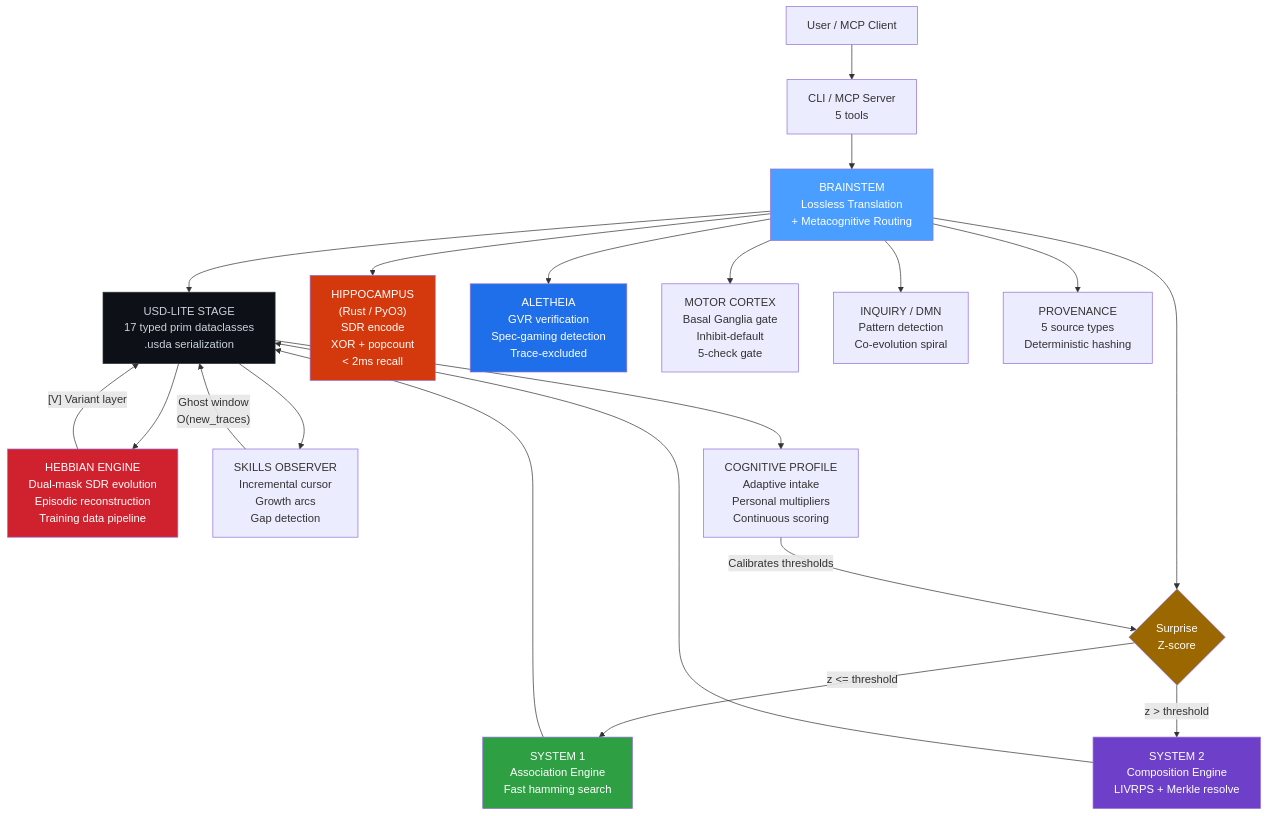
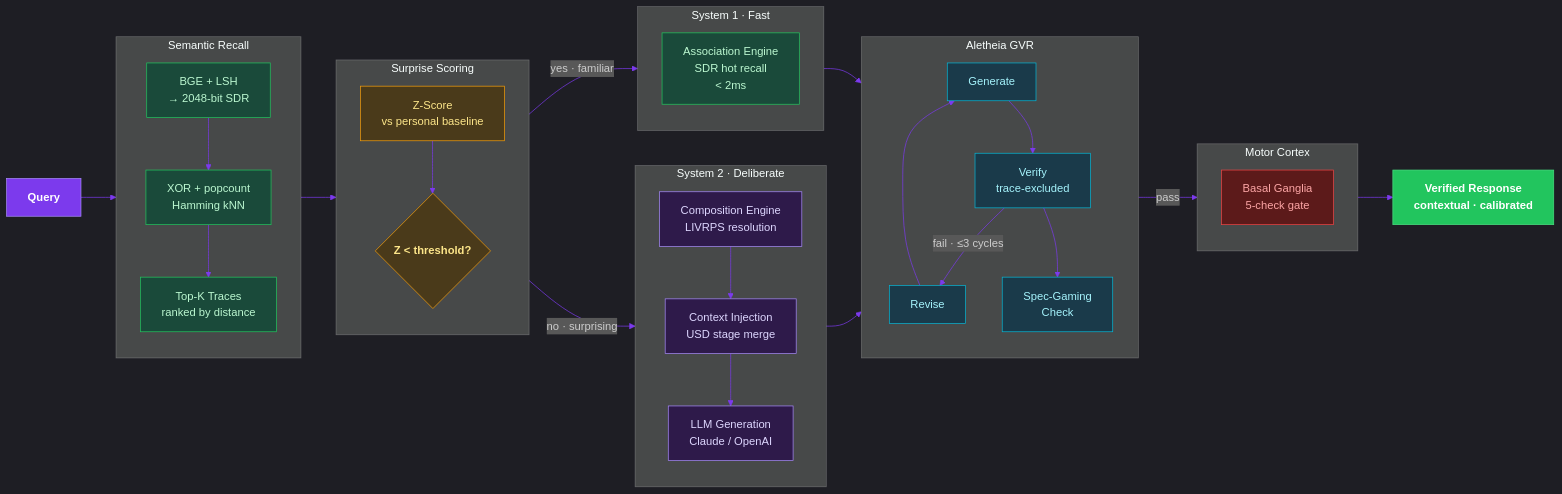
The second of 7 diagrams in README.md (JosephOIbrahim/Harlo), drawn with Mermaid before and after one commit. The commit also changed other lines of this file, not shown here.

Commit message:
docs: replace all 7 architecture diagrams with v7.0 Mermaid diagrams

````diff
--- a/README.md
+++ b/README.md
@@ -79,39 +227,68 @@
 ```mermaid
-graph TD
-    USER["User / MCP Client"] --> CLI["CLI / MCP Server\n5 tools"]
-    CLI --> BS["BRAINSTEM\nLossless Translation\n+ Metacognitive Routing"]
+%%{init: {'theme': 'dark', 'themeVariables': {'primaryColor': '#1a1a2e', 'primaryTextColor': '#e0e0e0', 'primaryBorderColor': '#7c3aed', 'lineColor': '#7c3aed'}}}%%
+graph LR
+    Q["Query"]:::input
 
-    BS --> USD["USD-LITE STAGE\n17 typed prim dataclasses\n.usda serialization"]
+    subgraph RECALL["Semantic Recall"]
+        direction TB
+        ENCODE["BGE + LSH\n→ 2048-bit SDR"]:::recall
+        SEARCH["XOR + popcount\nHamming kNN"]:::recall
+        MATCH["Top-K Traces\nranked by distance"]:::recall
+        ENCODE --> SEARCH --> MATCH
+    end
 
-    BS --> HIPP["HIPPOCAMPUS\n(Rust / PyO3)\nSDR encode\nXOR + popcount\n< 2ms recall"]
+    subgraph SURPRISE["Surprise Scoring"]
+        direction TB
+        ZSCORE["Z-Score\nvs personal baseline"]:::surprise
+        SYS1{"Z < threshold?"}:::decision
+        ZSCORE --> SYS1
+    end
 
-    BS --> ROUTE{"Surprise\nZ-score"}
-    ROUTE -->|"z <= threshold"| SYS1["SYSTEM 1\nAssociation Engine\nFast hamming search"]
-    ROUTE -->|"z > threshold"| SYS2["SYSTEM 2\nComposition Engine\nLIVRPS + Merkle resolve"]
+    subgraph SYSTEM1["System 1 · Fast"]
+        direction TB
+        ASSOC["Association Engine\nSDR hot recall\n< 2ms"]:::fast
+    end
 
-    SYS1 --> USD
-    SYS2 --> USD
+    subgraph SYSTEM2["System 2 · Deliberate"]
+        direction TB
+        COMPOSE["Composition Engine\nLIVRPS resolution"]:::deliberate
+        CONTEXT["Context Injection\nUSD stage merge"]:::deliberate
+        LLM["LLM Generation\nClaude / OpenAI"]:::deliberate
+        COMPOSE --> CONTEXT --> LLM
+    end
 
-    BS --> ALE["ALETHEIA\nGVR verification\nSpec-gaming detection\nTrace-excluded"]
-    BS --> MOTOR["MOTOR CORTEX\nBasal Ganglia gate\nInhibit-default\n5-check gate"]
-    BS --> DMN["INQUIRY / DMN\nPattern detection\nCo-evolution spiral"]
+    subgraph VERIFY["Aletheia GVR"]
+        direction TB
+        GEN_V["Generate"]:::verify
+        VER_V["Verify\ntrace-excluded"]:::verify
+        REV_V["Revise"]:::verify
+        SPEC_V["Spec-Gaming\nCheck"]:::verify
+        GEN_V --> VER_V
+        VER_V -->|"fail · ≤3 cycles"| REV_V --> GEN_V
+        VER_V --> SPEC_V
+    end
 
-    USD --> HEBB["HEBBIAN ENGINE\nDual-mask SDR evolution\nEpisodic reconstruction\nTraining data pipeline"]
-    USD --> SKILLS["SKILLS OBSERVER\nIncremental cursor\nGrowth arcs\nGap detection"]
-    USD --> PROFILE["COGNITIVE PROFILE\nAdaptive intake\nPersonal multipliers\nContinuous scoring"]
+    subgraph GATE["Motor Cortex"]
+        direction TB
+        BG_V["Basal Ganglia\n5-check gate"]:::gate
+    end
 
-    BS --> PROV["PROVENANCE\n5 source types\nDeterministic hashing"]
+    RESP["Verified Response\ncontextual · calibrated"]:::output
 
-    HEBB -->|"[V] Variant layer"| USD
-    SKILLS -->|"Ghost window\nO(new_traces)"| USD
-    PROFILE -->|"Calibrates thresholds"| ROUTE
+    Q --> RECALL --> SURPRISE
+    SYS1 -->|"yes · familiar"| SYSTEM1
+    SYS1 -->|"no · surprising"| SYSTEM2
+    SYSTEM1 --> VERIFY
+    SYSTEM2 --> VERIFY
+    VER_V -->|"pass"| GATE --> RESP
 
-    style BS fill:#4a9eff,color:#fff
-    style USD fill:#0d1117,color:#c9d1d9,stroke:#30363d
-    style HIPP fill:#d4380d,color:#fff
-    style ROUTE fill:#9a6700,color:#fff
-    style SYS1 fill:#2ea043,color:#fff
-    style SYS2 fill:#6e40c9,color:#fff
-    style HEBB fill:#cf222e,color:#fff
-    style ALE fill:#1f6feb,color:#fff
+    classDef input fill:#7c3aed,stroke:#a78bfa,color:#fff,font-weight:bold
+    classDef output fill:#22c55e,stroke:#4ade80,color:#fff,font-weight:bold
+    classDef recall fill:#1a4a3a,stroke:#22c55e,color:#bbf7d0
+    classDef surprise fill:#4a3a1a,stroke:#f59e0b,color:#fde68a
+    classDef decision fill:#4a3a1a,stroke:#f59e0b,color:#fde68a,font-weight:bold
+    classDef fast fill:#1a4a3a,stroke:#22c55e,color:#bbf7d0
+    classDef deliberate fill:#2e1a4a,stroke:#a78bfa,color:#ddd6fe
+    classDef verify fill:#1a3a4a,stroke:#06b6d4,color:#a5f3fc
+    classDef gate fill:#5c1a1a,stroke:#ef4444,color:#fca5a5
 ```
````
